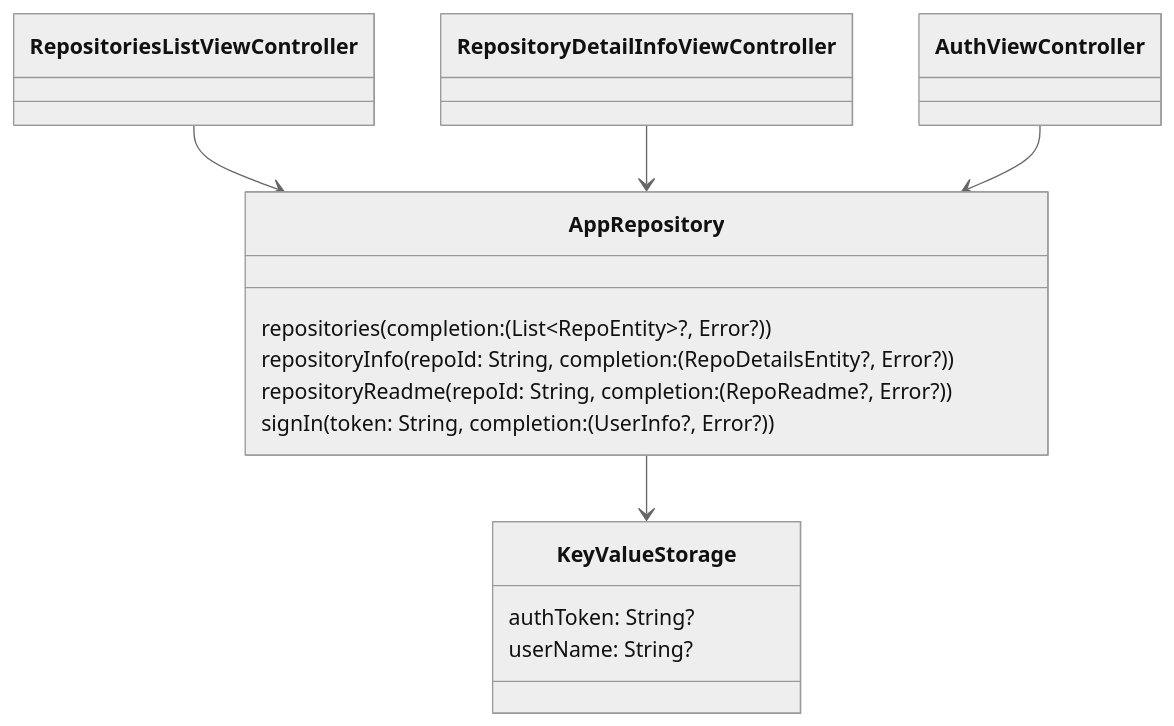
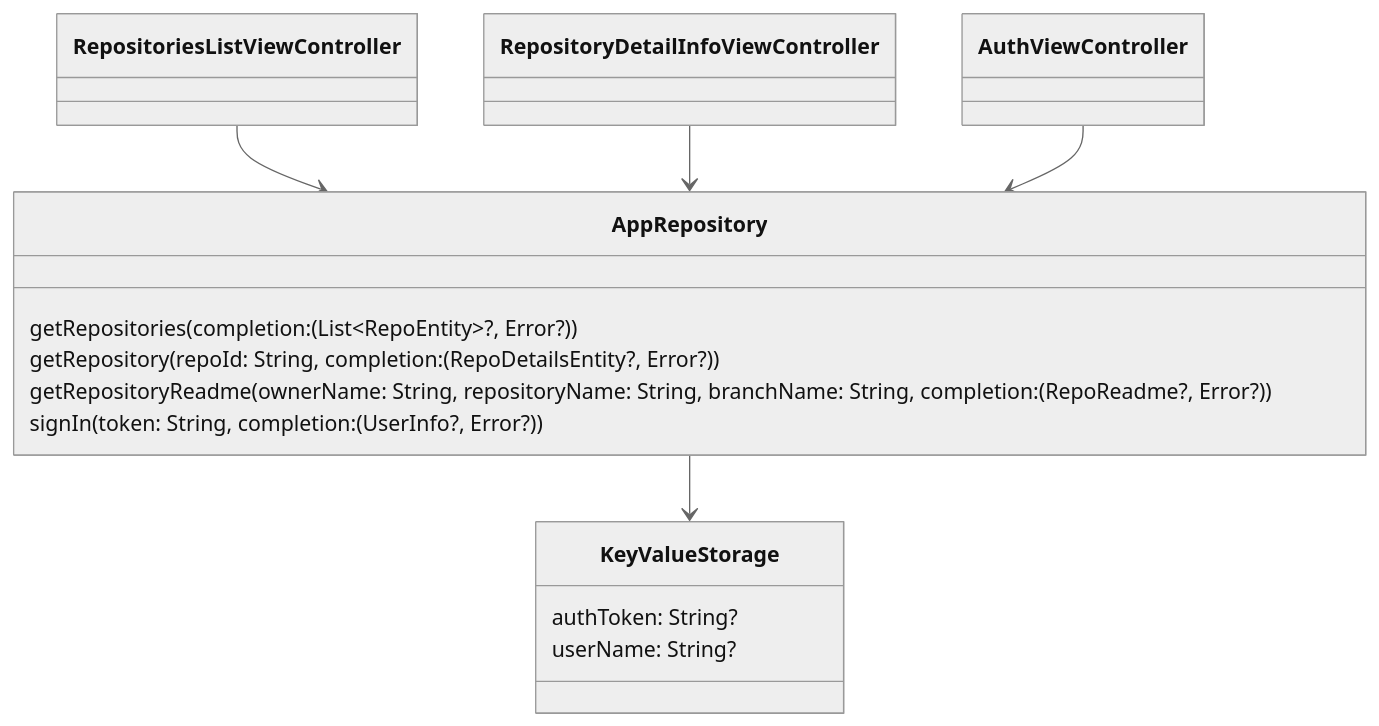
Before and after one commit to icerockdev/kmm.icerock.dev: the diagram in university/2-ios-basics/practice.md, drawn with Mermaid (neutral theme). The commit also changed 2 other files, not shown here.

Commit message:
updated graphs

````diff
--- a/university/2-ios-basics/practice.md
+++ b/university/2-ios-basics/practice.md
@@ -41,24 +41,24 @@
 ```mermaid
    classDiagram
    
    class RepositoriesListViewController:::ios
    class RepositoryDetailInfoViewController:::ios
    class AuthViewController:::ios
    
    class AppRepository:::ios {
-      repositories(completion: (List~RepoEntity~?, Error?))
-      repositoryInfo(repoId: String, completion: (RepoDetailsEntity?, Error?))
-      repositoryReadme(repoId: String, completion: (RepoReadme?, Error?))
+      getRepositories(completion: (List~RepoEntity~?, Error?))
+      getRepository(repoId: String, completion: (RepoDetailsEntity?, Error?))
+      getRepositoryReadme(ownerName: String, repositoryName: String, branchName: String, completion: (RepoReadme?, Error?))
       signIn(token: String, completion: (UserInfo?, Error?))
    }
    
    class KeyValueStorage:::ios {
       authToken: String?
       userName: String?
    }
    
    RepositoriesListViewController --> AppRepository
    RepositoryDetailInfoViewController --> AppRepository
    AuthViewController --> AppRepository
    AppRepository --> KeyValueStorage
 ```
````
